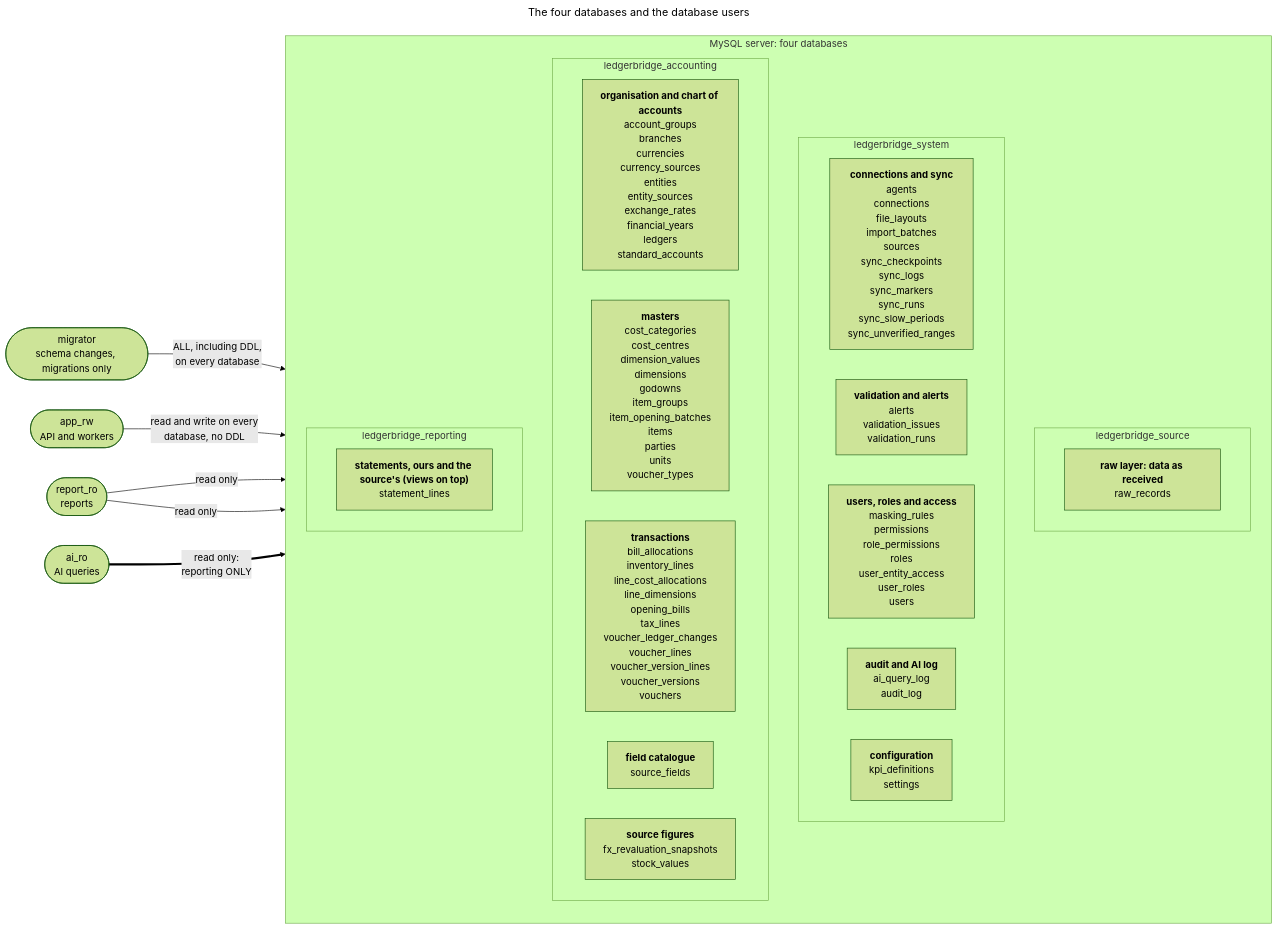
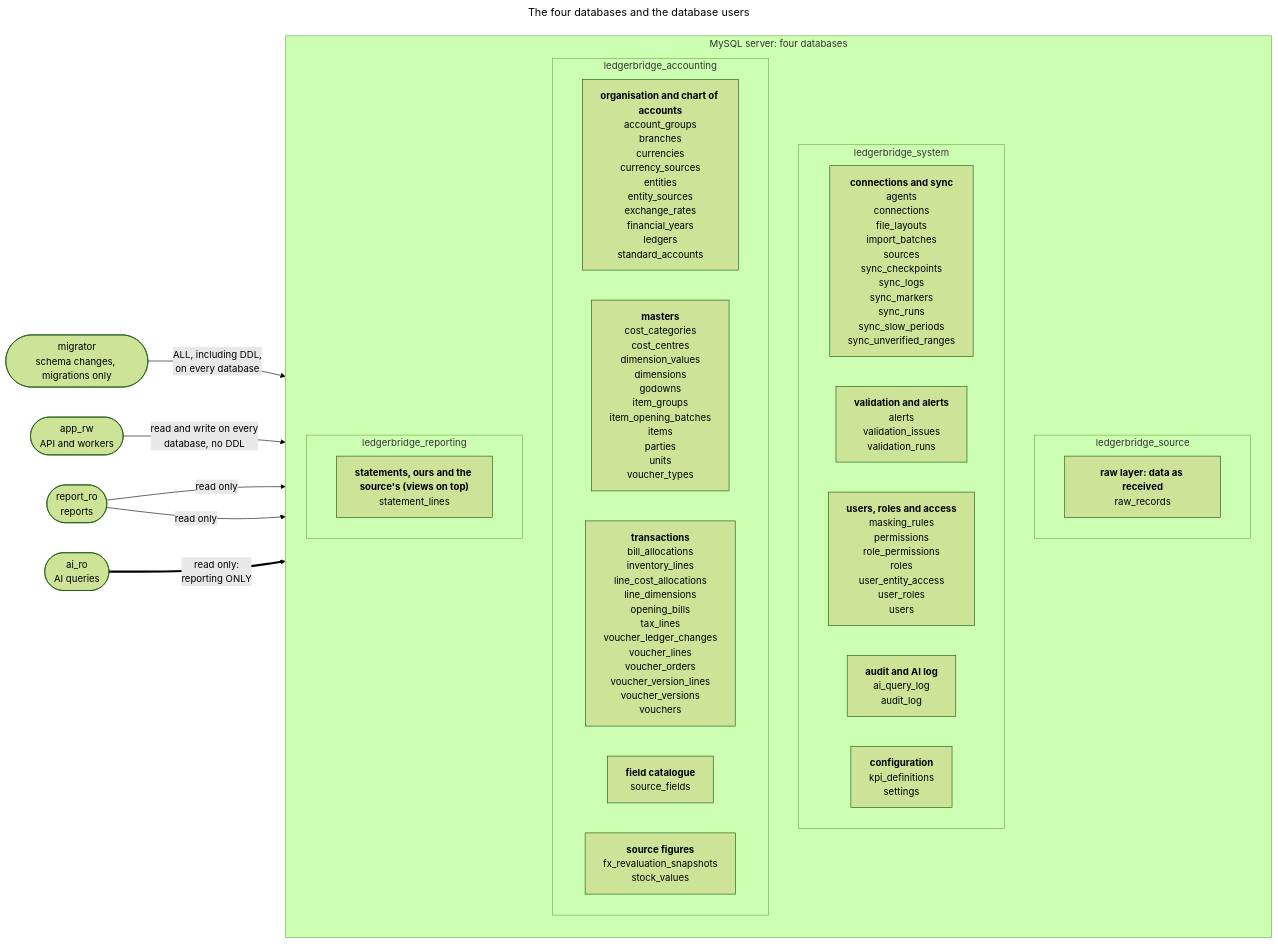
One commit to empirical-logic-2026/ledgerbridge changed the diagram in docs/diagrams/schema-databases.mmd. Above: the diagram before and after it, drawn with Mermaid (forest theme). The commit also changed 30 other files, not shown here.

```diff
--- a/docs/diagrams/schema-databases.mmd
+++ b/docs/diagrams/schema-databases.mmd
@@ -1,38 +1,38 @@
 ---
 title: "The four databases and the database users"
 ---
 %% Generated by `python -m devtools.diagrams` from core/models: don't edit by hand.
 flowchart LR
     migrator(["migrator<br/>schema changes, migrations only"])
     app_rw(["app_rw<br/>API and workers"])
     report_ro(["report_ro<br/>reports"])
     ai_ro(["ai_ro<br/>AI queries"])
     subgraph mysql["MySQL server: four databases"]
     direction TB
     subgraph ledgerbridge_source["ledgerbridge_source"]
         ledgerbridge_source_1["<b>raw layer: data as received</b><br/>raw_records"]
     end
     subgraph ledgerbridge_system["ledgerbridge_system"]
         ledgerbridge_system_1["<b>connections and sync</b><br/>agents<br/>connections<br/>file_layouts<br/>import_batches<br/>sources<br/>sync_checkpoints<br/>sync_logs<br/>sync_markers<br/>sync_runs<br/>sync_slow_periods<br/>sync_unverified_ranges"]
         ledgerbridge_system_2["<b>validation and alerts</b><br/>alerts<br/>validation_issues<br/>validation_runs"]
         ledgerbridge_system_3["<b>users, roles and access</b><br/>masking_rules<br/>permissions<br/>role_permissions<br/>roles<br/>user_entity_access<br/>user_roles<br/>users"]
         ledgerbridge_system_4["<b>audit and AI log</b><br/>ai_query_log<br/>audit_log"]
         ledgerbridge_system_5["<b>configuration</b><br/>kpi_definitions<br/>settings"]
     end
     subgraph ledgerbridge_accounting["ledgerbridge_accounting"]
         ledgerbridge_accounting_1["<b>organisation and chart of accounts</b><br/>account_groups<br/>branches<br/>currencies<br/>currency_sources<br/>entities<br/>entity_sources<br/>exchange_rates<br/>financial_years<br/>ledgers<br/>standard_accounts"]
         ledgerbridge_accounting_2["<b>masters</b><br/>cost_categories<br/>cost_centres<br/>dimension_values<br/>dimensions<br/>godowns<br/>item_groups<br/>item_opening_batches<br/>items<br/>parties<br/>units<br/>voucher_types"]
-        ledgerbridge_accounting_3["<b>transactions</b><br/>bill_allocations<br/>inventory_lines<br/>line_cost_allocations<br/>line_dimensions<br/>opening_bills<br/>tax_lines<br/>voucher_ledger_changes<br/>voucher_lines<br/>voucher_version_lines<br/>voucher_versions<br/>vouchers"]
+        ledgerbridge_accounting_3["<b>transactions</b><br/>bill_allocations<br/>inventory_lines<br/>line_cost_allocations<br/>line_dimensions<br/>opening_bills<br/>tax_lines<br/>voucher_ledger_changes<br/>voucher_lines<br/>voucher_orders<br/>voucher_version_lines<br/>voucher_versions<br/>vouchers"]
         ledgerbridge_accounting_4["<b>field catalogue</b><br/>source_fields"]
         ledgerbridge_accounting_5["<b>source figures</b><br/>fx_revaluation_snapshots<br/>stock_values"]
     end
     subgraph ledgerbridge_reporting["ledgerbridge_reporting"]
         ledgerbridge_reporting_1["<b>statements, ours and the source's (views on top)</b><br/>statement_lines"]
     end
     end
     migrator -->|"ALL, including DDL,<br/>on every database"| mysql
     app_rw -->|"read and write on every<br/>database, no DDL"| mysql
     report_ro -->|"read only"| ledgerbridge_accounting
     report_ro -->|"read only"| ledgerbridge_reporting
     ai_ro ==>|"read only:<br/>reporting ONLY"| ledgerbridge_reporting
     classDef planned fill:#f3f4f6,stroke:#9ca3af,stroke-dasharray:5 5,color:#4b5563
```
